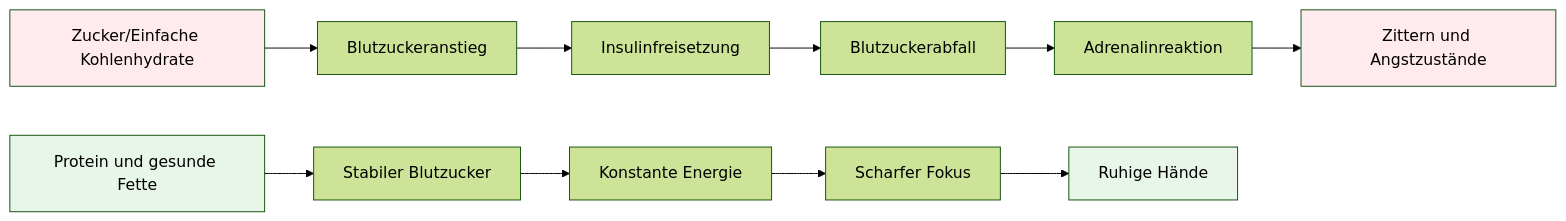
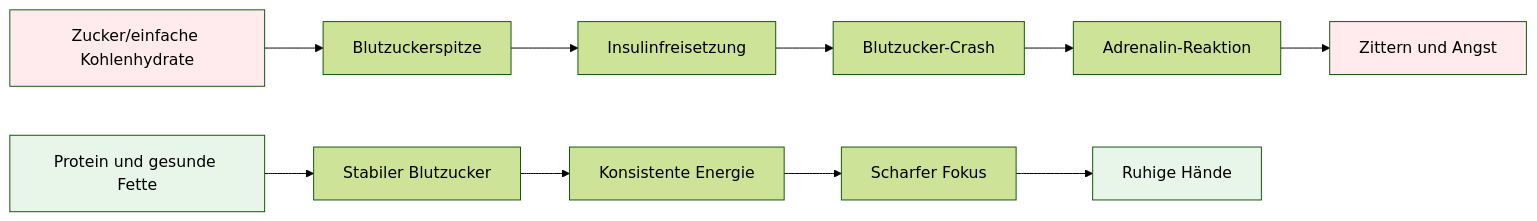
One commit to patwii/petanque-academy changed the diagram in docs/de/education/nutrition/index.md. Above: the diagram before and after it, drawn with Mermaid (forest theme). The commit also changed other lines of this file and 7 other files, not shown here.

````diff
--- a/docs/de/education/nutrition/index.md
+++ b/docs/de/education/nutrition/index.md
@@ -9,18 +9,18 @@
 ```mermaid
 graph LR
-    A[Zucker/Einfache Kohlenhydrate] --> B[Blutzuckeranstieg]
+    A[Zucker/einfache Kohlenhydrate] --> B[Blutzuckerspitze]
     B --> C[Insulinfreisetzung]
-    C --> D[Blutzuckerabfall]
-    D --> E[Adrenalinreaktion]
-    E --> F[Zittern und Angstzustände]
+    C --> D[Blutzucker-Crash]
+    D --> E[Adrenalin-Reaktion]
+    E --> F[Zittern und Angst]
 
     G[Protein und gesunde Fette] --> H[Stabiler Blutzucker]
-    H --> I[Konstante Energie]
+    H --> I[Konsistente Energie]
     I --> J[Scharfer Fokus]
     J --> K[Ruhige Hände]
 
     style A fill:#ffebee
     style F fill:#ffebee
     style G fill:#e8f5e9
     style K fill:#e8f5e9
 ```
````
